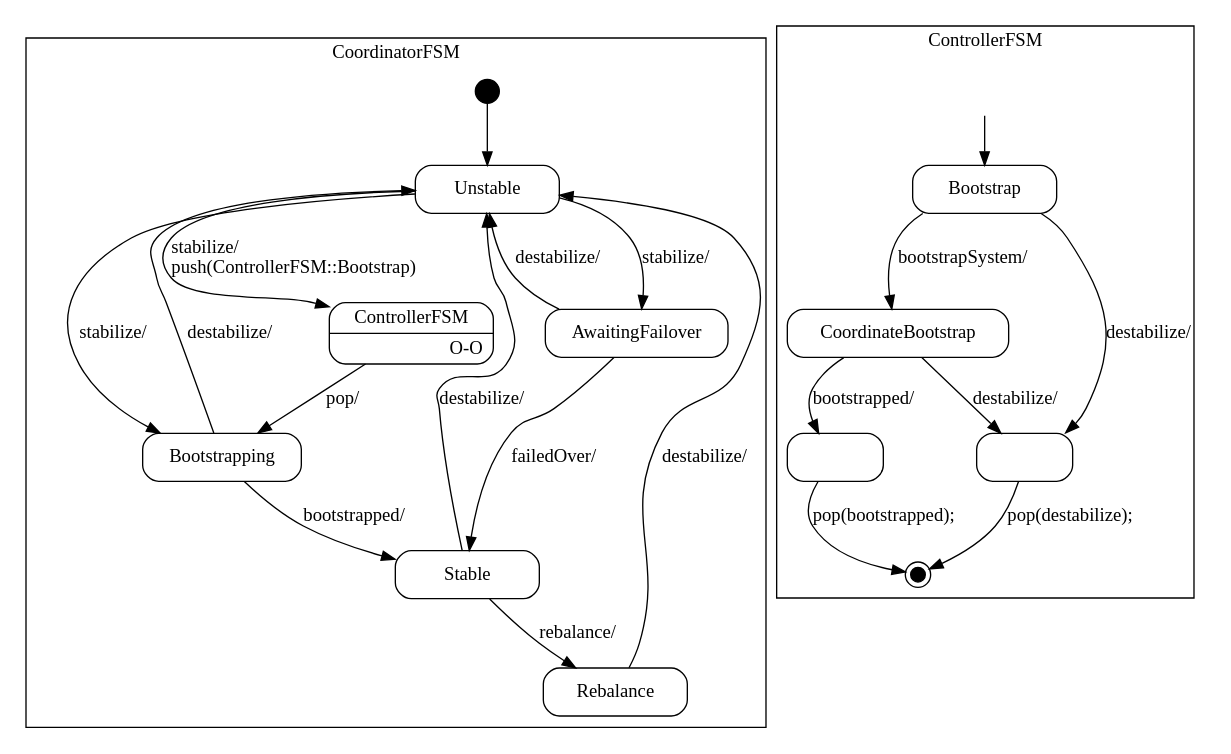
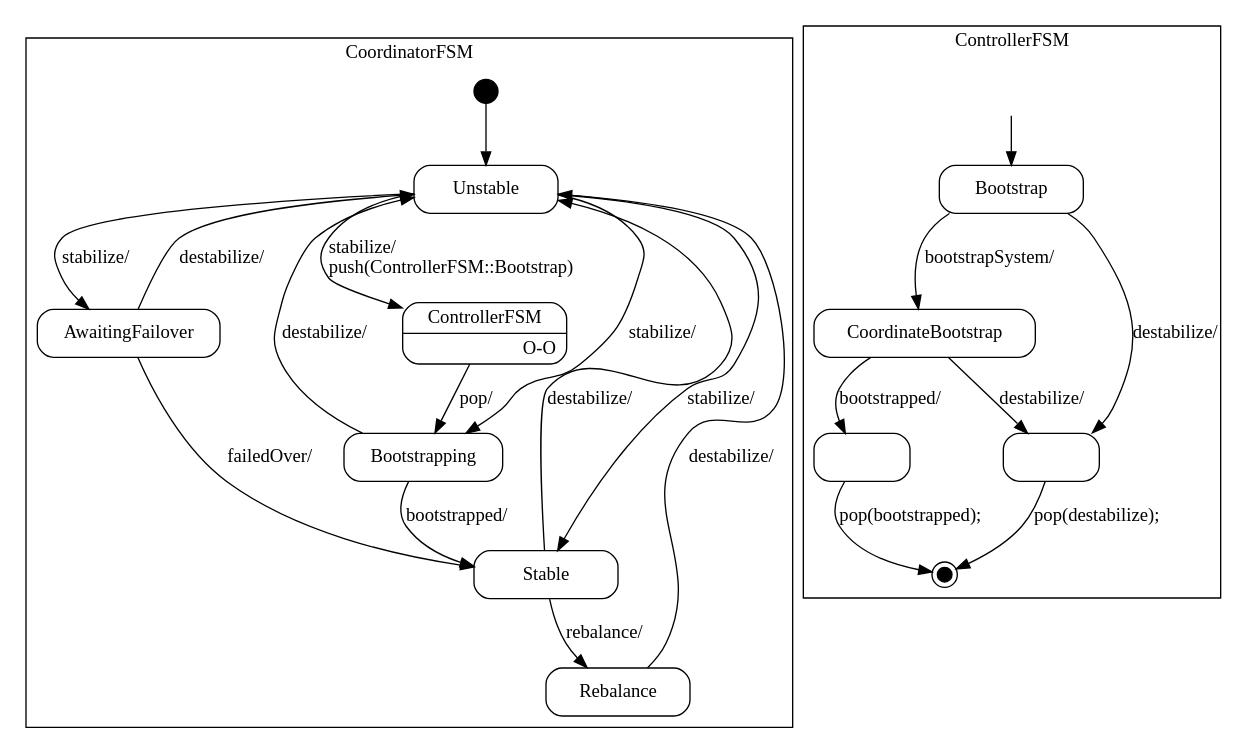
One commit to vmehra-sfdc/Ouroboros changed the diagram in producer/doc/Coordinator_sm.dot. Above: the diagram before and after it, drawn with Graphviz. The commit also changed 5 other files, not shown here.

```diff
--- a/producer/doc/Coordinator_sm.dot
+++ b/producer/doc/Coordinator_sm.dot
@@ -1,127 +1,130 @@
 digraph Coordinator {
 
     node
         [shape=Mrecord width=1.5];
 
     subgraph cluster_CoordinatorFSM {
 
         label="CoordinatorFSM";
 
         //
         // States (Nodes)
         //
 
         "CoordinatorFSM::Unstable"
             [label="{Unstable}"];
 
         "CoordinatorFSM::AwaitingFailover"
             [label="{AwaitingFailover}"];
 
         "CoordinatorFSM::Stable"
             [label="{Stable}"];
 
         "CoordinatorFSM::Bootstrapping"
             [label="{Bootstrapping}"];
 
         "CoordinatorFSM::Rebalance"
             [label="{Rebalance}"];
 
         "CoordinatorFSM::Bootstrapping::ControllerFSM"
             [label="{ControllerFSM|O-O\r}"]
 
         "%start"
             [label="" shape=circle style=filled fillcolor=black width=0.25];
 
         //
         // Transitions (Edges)
         //
 
         "CoordinatorFSM::Unstable" -> "CoordinatorFSM::AwaitingFailover"
             [label="stabilize/\l"];
 
         "CoordinatorFSM::Unstable" -> "CoordinatorFSM::Bootstrapping::ControllerFSM"
             [label="stabilize/\lpush(ControllerFSM::Bootstrap)\l"];
 
         "CoordinatorFSM::Unstable" -> "CoordinatorFSM::Bootstrapping"
+            [label="stabilize/\l"];
+
+        "CoordinatorFSM::Unstable" -> "CoordinatorFSM::Stable"
             [label="stabilize/\l"];
 
         "CoordinatorFSM::AwaitingFailover" -> "CoordinatorFSM::Stable"
             [label="failedOver/\l"];
 
         "CoordinatorFSM::AwaitingFailover" -> "CoordinatorFSM::Unstable"
             [label="destabilize/\l"];
 
         "CoordinatorFSM::Stable" -> "CoordinatorFSM::Rebalance"
             [label="rebalance/\l"];
 
         "CoordinatorFSM::Stable" -> "CoordinatorFSM::Unstable"
             [label="destabilize/\l"];
 
         "CoordinatorFSM::Bootstrapping" -> "CoordinatorFSM::Stable"
             [label="bootstrapped/\l"];
 
         "CoordinatorFSM::Bootstrapping" -> "CoordinatorFSM::Unstable"
             [label="destabilize/\l"];
 
         "CoordinatorFSM::Rebalance" -> "CoordinatorFSM::Unstable"
             [label="destabilize/\l"];
 
         "CoordinatorFSM::Bootstrapping::ControllerFSM" -> "CoordinatorFSM::Bootstrapping"
             [label="pop/"]
 
         "%start" -> "CoordinatorFSM::Unstable"
     }
 
     subgraph cluster_ControllerFSM {
 
         label="ControllerFSM";
 
         //
         // States (Nodes)
         //
 
         "ControllerFSM::Bootstrap"
             [label="{Bootstrap}"];
 
         "ControllerFSM::CoordinateBootstrap"
             [label="{CoordinateBootstrap}"];
 
         "ControllerFSM::pop(destabilize)"
             [label="" width=1]
 
         "ControllerFSM::pop(bootstrapped)"
             [label="" width=1]
 
         "ControllerFSM::%end"
             [label="" shape=doublecircle style=filled fillcolor=black width=0.15];
 
         "push(ControllerFSM::Bootstrap)"
             [label="" shape=plaintext];
 
         //
         // Transitions (Edges)
         //
 
         "ControllerFSM::Bootstrap" -> "ControllerFSM::CoordinateBootstrap"
             [label="bootstrapSystem/\l"];
 
         "ControllerFSM::Bootstrap" -> "ControllerFSM::pop(destabilize)"
             [label="destabilize/\l"];
 
         "ControllerFSM::CoordinateBootstrap" -> "ControllerFSM::pop(bootstrapped)"
             [label="bootstrapped/\l"];
 
         "ControllerFSM::CoordinateBootstrap" -> "ControllerFSM::pop(destabilize)"
             [label="destabilize/\l"];
 
         "ControllerFSM::pop(destabilize)" -> "ControllerFSM::%end"
             [label="pop(destabilize);\l"];
 
         "ControllerFSM::pop(bootstrapped)" -> "ControllerFSM::%end"
             [label="pop(bootstrapped);\l"];
 
         "push(ControllerFSM::Bootstrap)" -> "ControllerFSM::Bootstrap"
             [arrowtail=odot];
     }
 
 }
```
